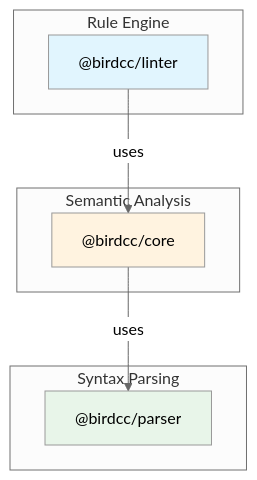
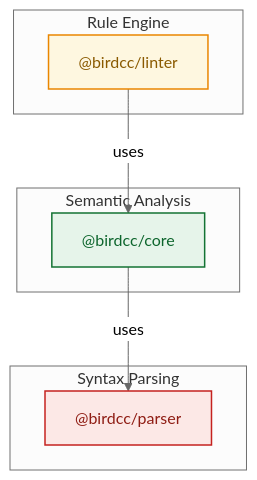
The first of 4 diagrams in packages/@birdcc/core/README.md (bird-chinese-community/BIRD-LSP), drawn with Mermaid (neutral theme) before and after one commit. The commit also changed other lines of this file and 5 other files, not shown here.

Commit message:
docs(mermaid): Unify diagram palette and split by layer

````diff
--- a/packages/@birdcc/core/README.md
+++ b/packages/@birdcc/core/README.md
@@ -234,21 +234,26 @@
 ```mermaid
 flowchart TB
-    subgraph "Rule Engine"
+    classDef infra fill:#fce8e6,stroke:#c5221f,stroke-width:1.5px,color:#8f1d14
+    classDef core fill:#e6f4ea,stroke:#137333,stroke-width:1.5px,color:#0d652d
+    classDef service fill:#fef7e0,stroke:#ea8600,stroke-width:1.5px,color:#8a5a00
+    classDef ui fill:#e8f0fe,stroke:#1967d2,stroke-width:1.5px,color:#0842a0
+
+    subgraph rule [Rule Engine]
         A["@birdcc/linter"]
     end
 
-    subgraph "Semantic Analysis"
+    subgraph semantic [Semantic Analysis]
         B["@birdcc/core"]
     end
 
-    subgraph "Syntax Parsing"
+    subgraph syntax [Syntax Parsing]
         C["@birdcc/parser"]
     end
 
     A -->|uses| B
     B -->|uses| C
 
-    style A fill:#e1f5fe
-    style B fill:#fff3e0
-    style C fill:#e8f5e9
+    class A service
+    class B core
+    class C infra
 ```
````
